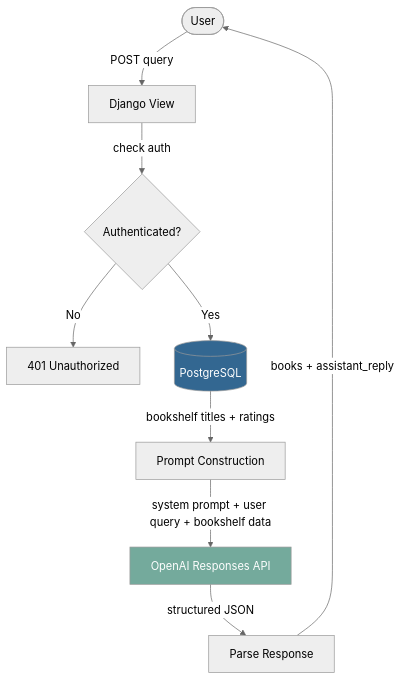
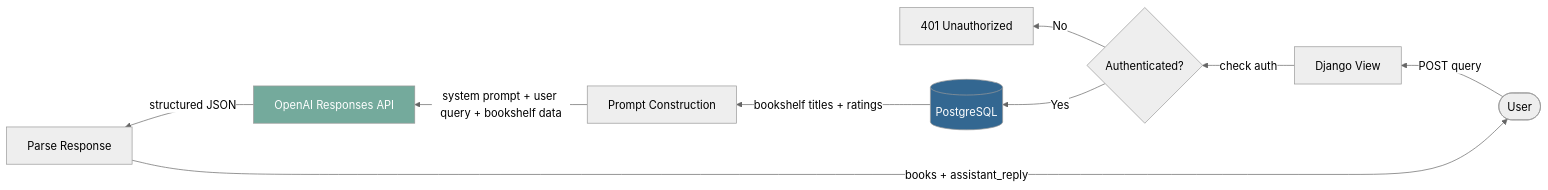
Before and after one commit to Jtsoco/rag-book-app: the first of 2 diagrams in book_rag_backend/docs/internal/diagrams/chatbot_flow.md, drawn with Mermaid (neutral theme).

Commit message:
edited flows

````diff
--- a/book_rag_backend/docs/internal/diagrams/chatbot_flow.md
+++ b/book_rag_backend/docs/internal/diagrams/chatbot_flow.md
@@ -1,15 +1,15 @@
 ```mermaid
 
-flowchart TD
+flowchart RL
     A([User]) -->|POST query| B[Django View]
     B -->|check auth| C{Authenticated?}
     C -->|No| D[401 Unauthorized]
     C -->|Yes| E[(PostgreSQL)]
     E -->|bookshelf titles + ratings| F[Prompt Construction]
     F -->|system prompt + user query + bookshelf data| G[OpenAI Responses API]
     G -->|structured JSON| H[Parse Response]
     H -->|books + assistant_reply| A
 
     style G fill:#74aa9c,color:#fff
     style E fill:#336791,color:#fff
 ```
````
